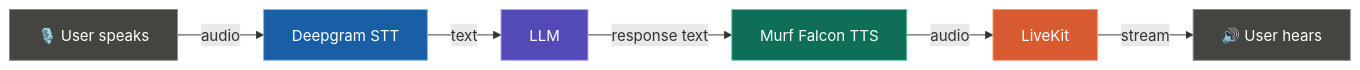
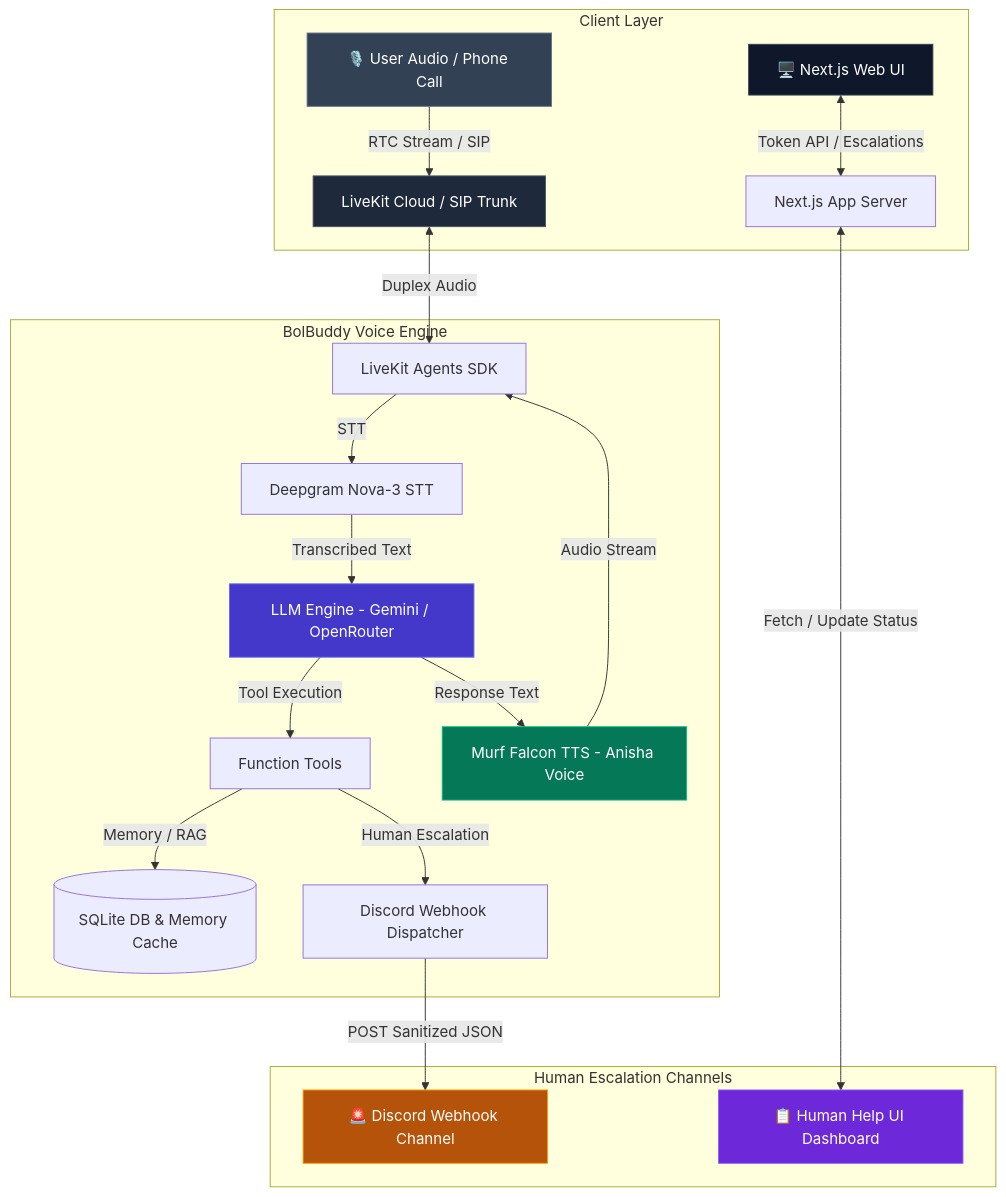
One commit to sakshichhetri845-sys/10_days_murfaibuildathonn changed the diagram in README.md. Above: the diagram before and after it, drawn with Mermaid. The commit also changed other lines of this file and 139 other files, not shown here.

Commit message:
feat(day7): Add Human Escalation protocol, Discord Webhook channel, PII scrubber, Human Help UI drawer, day_7 snapshot folder, and production README

````diff
--- a/README.md
+++ b/README.md
@@ -21,15 +24,31 @@
 ```mermaid
-flowchart LR
-    A[🎙️ User speaks] -->|audio| B[Deepgram STT]
-    B -->|text| C[LLM]
-    C -->|response text| D[Murf Falcon TTS]
-    D -->|audio| E[LiveKit]
-    E -->|stream| F[🔊 User hears]
+flowchart TD
+    subgraph Client ["Client Layer"]
+        A[🎙️ User Audio / Phone Call] -->|RTC Stream / SIP| B[LiveKit Cloud / SIP Trunk]
+        C[🖥️ Next.js Web UI] <-->|Token API / Escalations| D[Next.js App Server]
+    end
 
-    style A fill:#444441,stroke:#888780,color:#fff
-    style B fill:#185FA5,stroke:#85B7EB,color:#fff
-    style C fill:#534AB7,stroke:#AFA9EC,color:#fff
-    style D fill:#0F6E56,stroke:#5DCAA5,color:#fff
-    style E fill:#D85A30,stroke:#F0997B,color:#fff
-    style F fill:#444441,stroke:#888780,color:#fff
+    subgraph Backend ["BolBuddy Voice Engine"]
+        B <-->|Duplex Audio| E[LiveKit Agents SDK]
+        E -->|STT| F[Deepgram Nova-3 STT]
+        F -->|Transcribed Text| G[LLM Engine - Gemini / OpenRouter]
+        G -->|Tool Execution| H[Function Tools]
+        H -->|Memory / RAG| I[(SQLite DB & Memory Cache)]
+        H -->|Human Escalation| J[Discord Webhook Dispatcher]
+        G -->|Response Text| K[Murf Falcon TTS - Anisha Voice]
+        K -->|Audio Stream| E
+    end
+
+    subgraph Channels ["Human Escalation Channels"]
+        J -->|POST Sanitized JSON| L[🚨 Discord Webhook Channel]
+        D <-->|Fetch / Update Status| M[📋 Human Help UI Dashboard]
+    end
+
+    style A fill:#334155,stroke:#64748B,color:#fff
+    style B fill:#1E293B,stroke:#475569,color:#fff
+    style C fill:#0F172A,stroke:#334155,color:#fff
+    style G fill:#4338CA,stroke:#6366F1,color:#fff
+    style K fill:#047857,stroke:#10B981,color:#fff
+    style L fill:#B45309,stroke:#F59E0B,color:#fff
+    style M fill:#6D28D9,stroke:#8B5CF6,color:#fff
 ```
````
